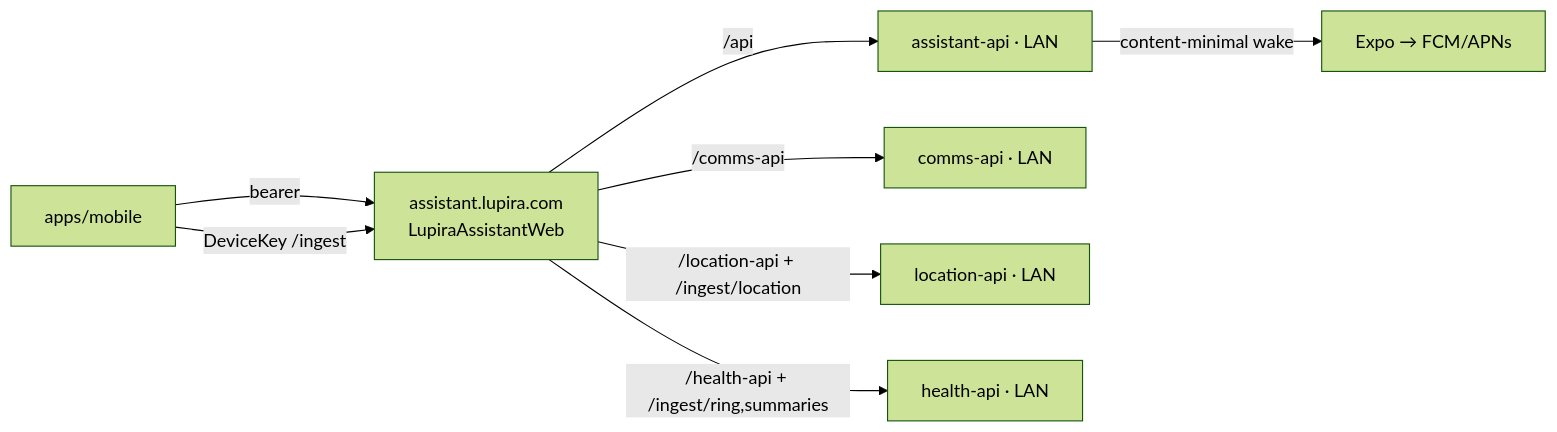
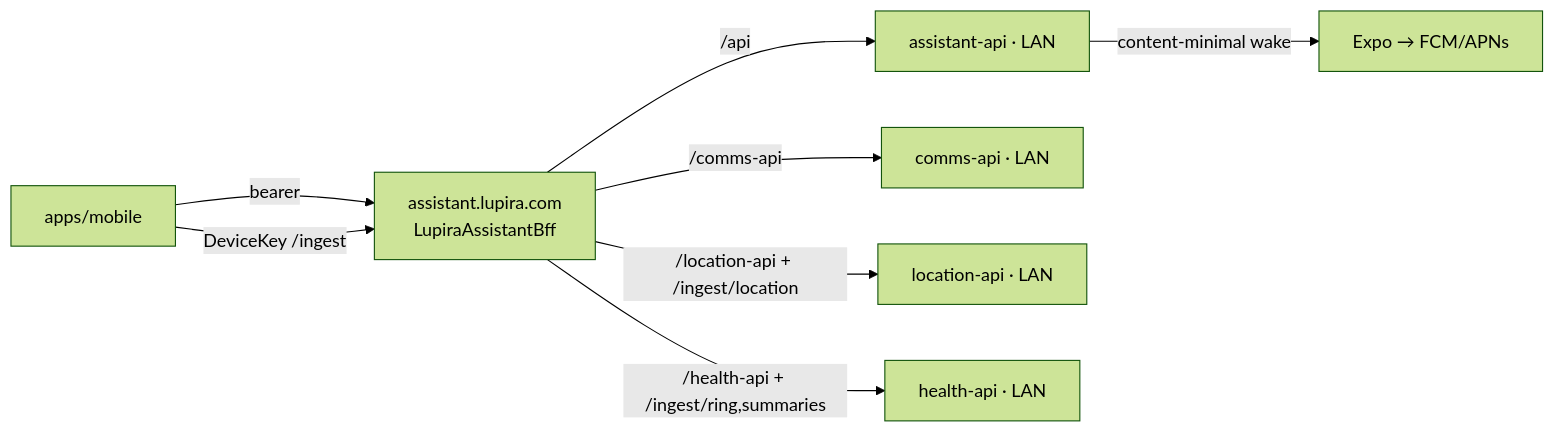
The first of 2 diagrams in docs/app-backbone.md (danbro96/LupiraAssistant), drawn with Mermaid (forest theme) before and after one commit. The commit also changed other lines of this file and 25 other files, not shown here.

First line of the commit message:
Rename the BFF to LupiraAssistantBff and add its unit tests

````diff
--- a/docs/app-backbone.md
+++ b/docs/app-backbone.md
@@ -25,10 +25,10 @@
 ```mermaid
 flowchart LR
-  APP[apps/mobile] -->|bearer| BFF[assistant.lupira.com<br/>LupiraAssistantWeb]
+  APP[apps/mobile] -->|bearer| BFF[assistant.lupira.com<br/>LupiraAssistantBff]
   APP -->|DeviceKey /ingest| BFF
   BFF -->|/api| HUB[assistant-api · LAN]
   BFF -->|/comms-api| COMMS[comms-api · LAN]
   BFF -->|/location-api + /ingest/location| LOC[location-api · LAN]
   BFF -->|/health-api + /ingest/ring,summaries| HEALTH[health-api · LAN]
   HUB -->|content-minimal wake| EXPO[Expo → FCM/APNs]
 ```
````
